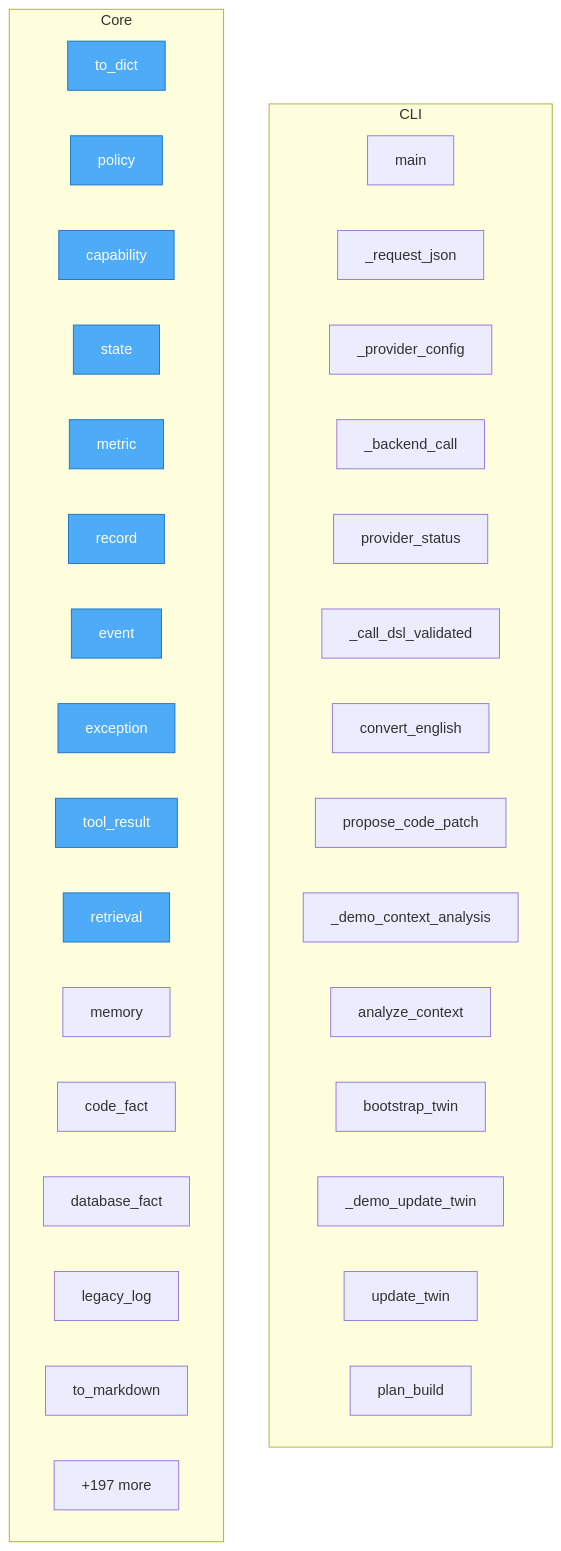
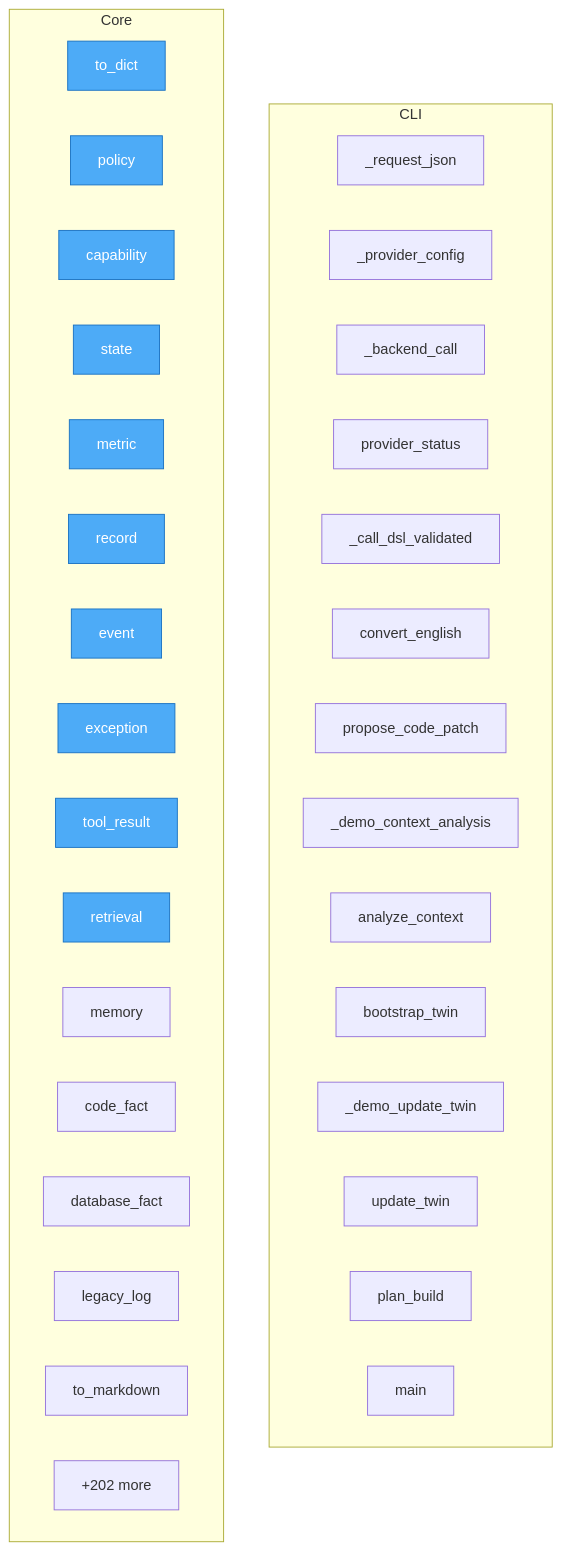
One commit to tom-sapletta-com/onlyDSL changed the diagram in project/flow.mmd. Above: the diagram before and after it, drawn with Mermaid. The commit also changed 34 other files, not shown here.

```diff
--- a/project/flow.mmd
+++ b/project/flow.mmd
@@ -1,43 +1,43 @@
 flowchart TD
 %% generated in 0.02s
 
     %% Entry points (blue)
     classDef entry fill:#4dabf7,stroke:#1971c2,color:#fff
 
     subgraph CLI
-        onlydsl__cli__main["main"]
         llm_client___request_json["_request_json"]
         llm_client___provider_config["_provider_config"]
         llm_client___backend_call["_backend_call"]
         llm_client__provider_status["provider_status"]
         llm_client___call_dsl_validated["_call_dsl_validated"]
         llm_client__convert_english["convert_english"]
         llm_client__propose_code_patch["propose_code_patch"]
         llm_client___demo_context_analysis["_demo_context_analysis"]
         llm_client__analyze_context["analyze_context"]
         llm_client__bootstrap_twin["bootstrap_twin"]
         llm_client___demo_update_twin["_demo_update_twin"]
         llm_client__update_twin["update_twin"]
         llm_client__plan_build["plan_build"]
+        onlydsl__cli__main["main"]
     end
 
     subgraph Core
         contextdsl__ContextDocument__to_dict["to_dict"]
         contextdsl__ContextCompiler__policy["policy"]
         contextdsl__ContextCompiler__capability["capability"]
         contextdsl__ContextCompiler__state["state"]
         contextdsl__ContextCompiler__metric["metric"]
         contextdsl__ContextCompiler__record["record"]
         contextdsl__ContextCompiler__event["event"]
         contextdsl__ContextCompiler__exception["exception"]
         contextdsl__ContextCompiler__tool_result["tool_result"]
         contextdsl__ContextCompiler__retrieval["retrieval"]
         contextdsl__ContextCompiler__memory["memory"]
         contextdsl__ContextCompiler__code_fact["code_fact"]
         contextdsl__ContextCompiler__database_fact["database_fact"]
         contextdsl__ContextCompiler__legacy_log["legacy_log"]
         contextdsl__ContextCompiler__to_markdown["to_markdown"]
-        ...["+197 more"]
+        ...["+202 more"]
     end
 
     class contextdsl__ContextDocument__to_dict,contextdsl__ContextCompiler__policy,contextdsl__ContextCompiler__capability,contextdsl__ContextCompiler__state,contextdsl__ContextCompiler__metric,contextdsl__ContextCompiler__record,contextdsl__ContextCompiler__event,contextdsl__ContextCompiler__exception,contextdsl__ContextCompiler__tool_result,contextdsl__ContextCompiler__retrieval entry
```
